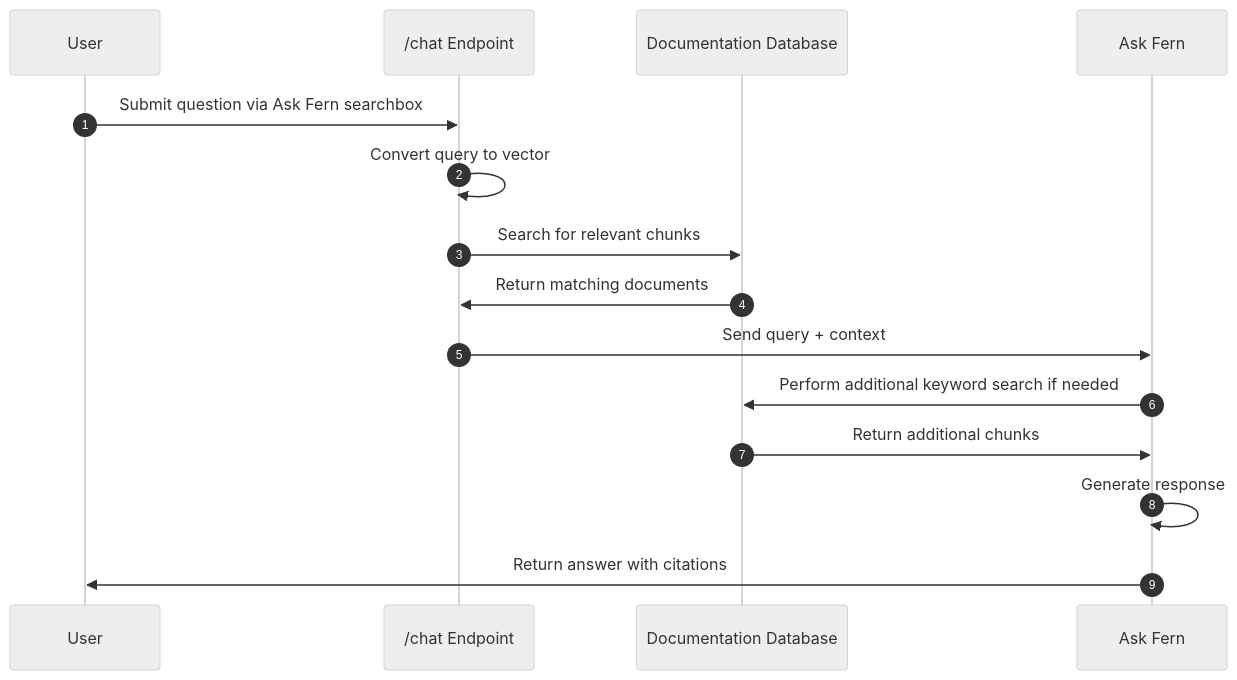
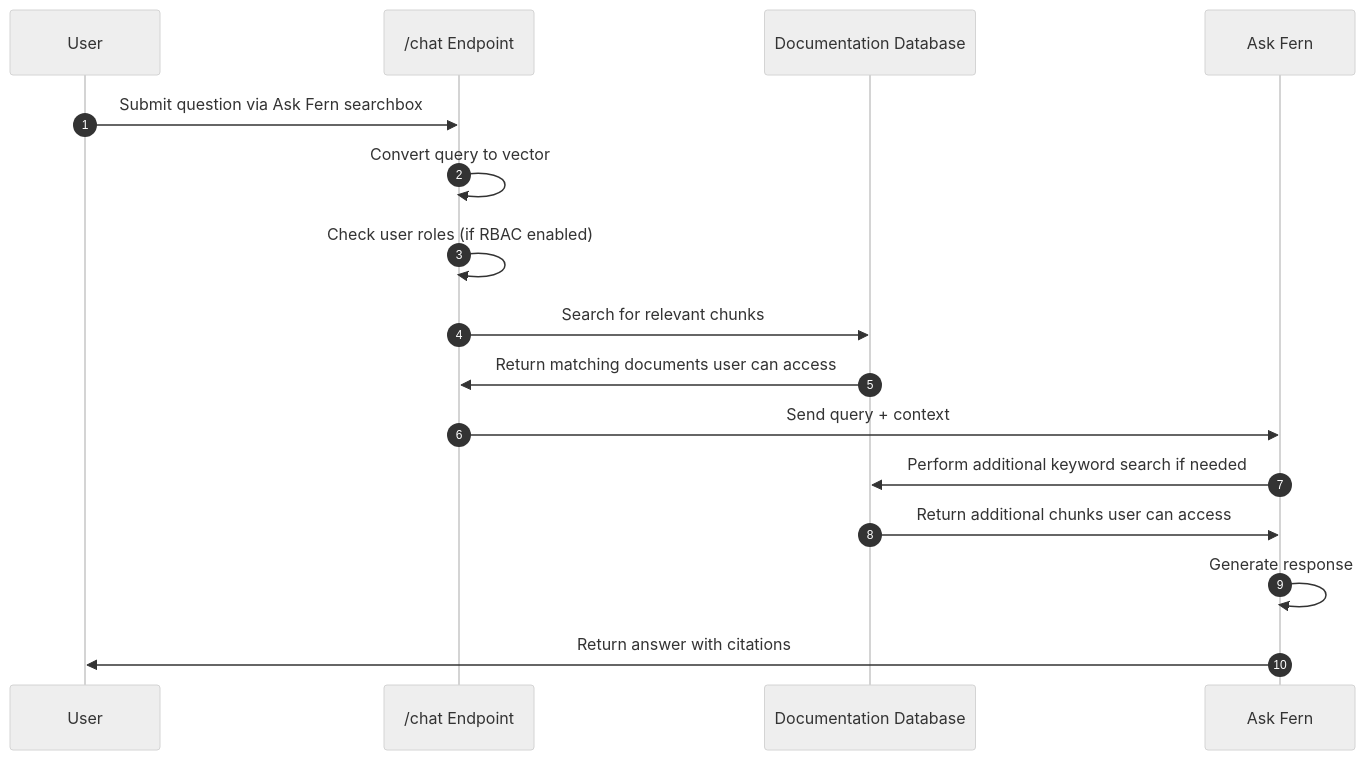
The diagram in fern/products/ask-fern/pages/getting-started/how-it-works.mdx (fern-api/docs), drawn with Mermaid (neutral theme) before and after one commit. The commit also changed other lines of this file and 2 other files, not shown here.

Commit message:
add rbac page

````diff
--- a/fern/products/ask-fern/pages/getting-started/how-it-works.mdx
+++ b/fern/products/ask-fern/pages/getting-started/how-it-works.mdx
@@ -38,18 +38,19 @@
 ```mermaid
 sequenceDiagram
   autonumber
     participant U as User
     participant C as /chat Endpoint
     participant V as Documentation Database
     participant A as Ask Fern
     
     U->>C: Submit question via Ask Fern searchbox
     C->>C: Convert query to vector
+    C->>C: Check user roles (if RBAC enabled)
     C->>V: Search for relevant chunks
-    V->>C: Return matching documents
+    V->>C: Return matching documents user can access
     C->>A: Send query + context
     A->>V: Perform additional keyword search if needed
-    V->>A: Return additional chunks
+    V->>A: Return additional chunks user can access
     A->>A: Generate response
     A->>U: Return answer with citations
 ```
````
